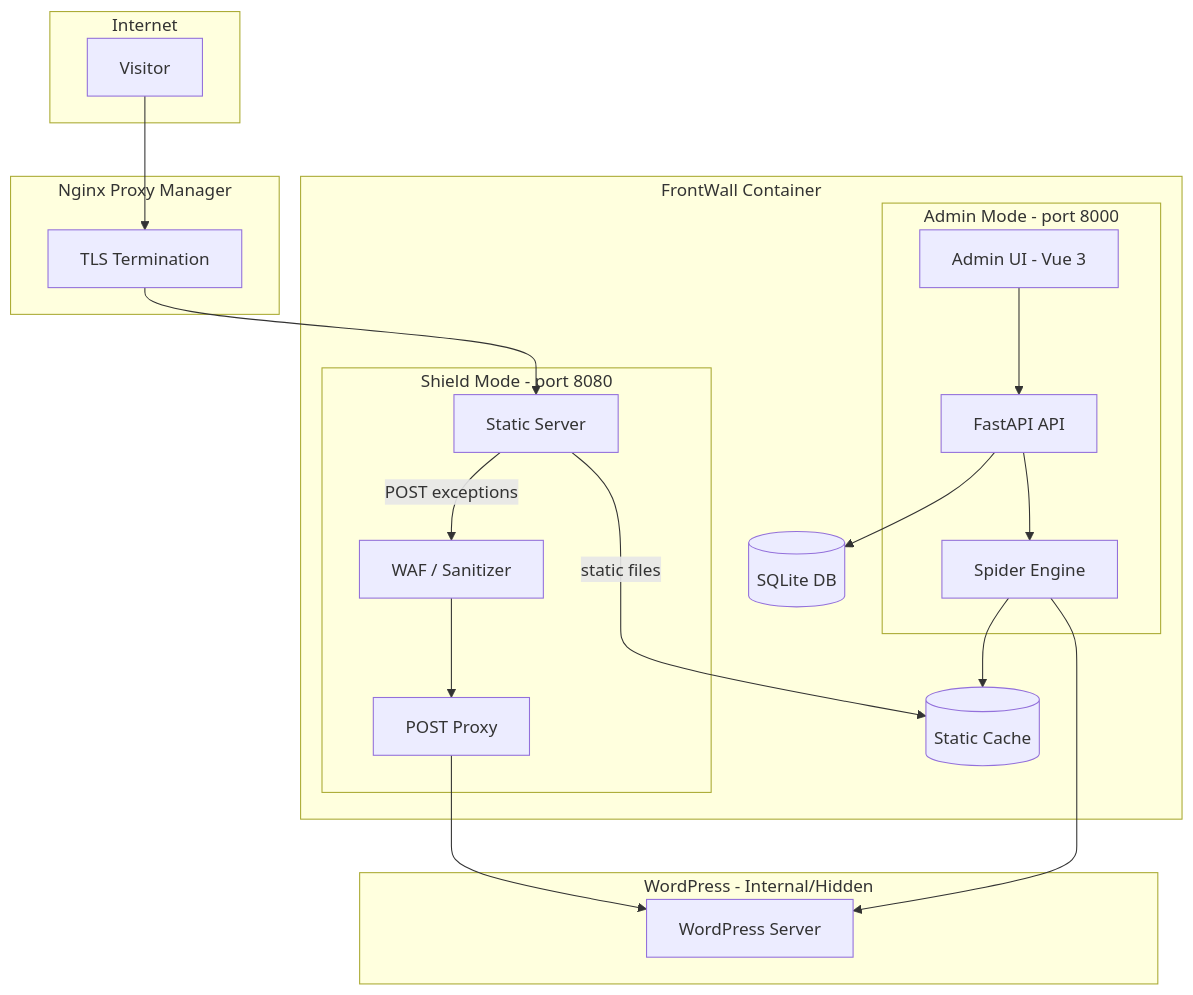
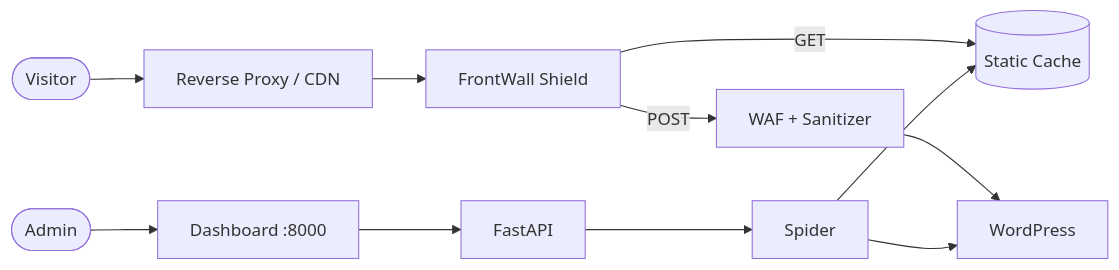
The diagram in README.md (acalatrava/FrontWall), drawn with Mermaid before and after one commit. The commit also changed other lines of this file and 2 other files, not shown here.

````diff
--- a/README.md
+++ b/README.md
@@ -15,37 +36,13 @@
 ```mermaid
-flowchart TB
-    subgraph internet [Internet]
-        User[Visitor]
-    end
-
-    subgraph nginx [Nginx Proxy Manager]
-        NPM[TLS Termination]
-    end
-
-    subgraph frontwall [FrontWall Container]
-        subgraph adminMode [Admin Mode - port 8000]
-            AdminUI[Admin UI - Vue 3]
-            API[FastAPI API]
-            Crawler[Spider Engine]
-        end
-        subgraph prodMode [Shield Mode - port 8080]
-            StaticServer[Static Server]
-            WAF[WAF / Sanitizer]
-            PostProxy[POST Proxy]
-        end
-        DB[(SQLite DB)]
-        Cache[(Static Cache)]
-    end
-
-    subgraph wordpress [WordPress - Internal/Hidden]
-        WP[WordPress Server]
-    end
-
-    User --> NPM --> StaticServer
-    StaticServer -->|static files| Cache
-    StaticServer -->|POST exceptions| WAF --> PostProxy --> WP
-    AdminUI --> API
-    API --> DB
-    API --> Crawler --> WP
+flowchart LR
+    User([Visitor]) --> NPM[Reverse Proxy / CDN]
+    NPM --> Shield[FrontWall Shield]
+    Shield -->|GET| Cache[(Static Cache)]
+    Shield -->|POST| WAF[WAF + Sanitizer]
+    WAF --> WP[WordPress]
+    Admin([Admin]) --> UI[Dashboard :8000]
+    UI --> API[FastAPI]
+    API --> Crawler[Spider]
+    Crawler --> WP
     Crawler --> Cache
 ```
````
